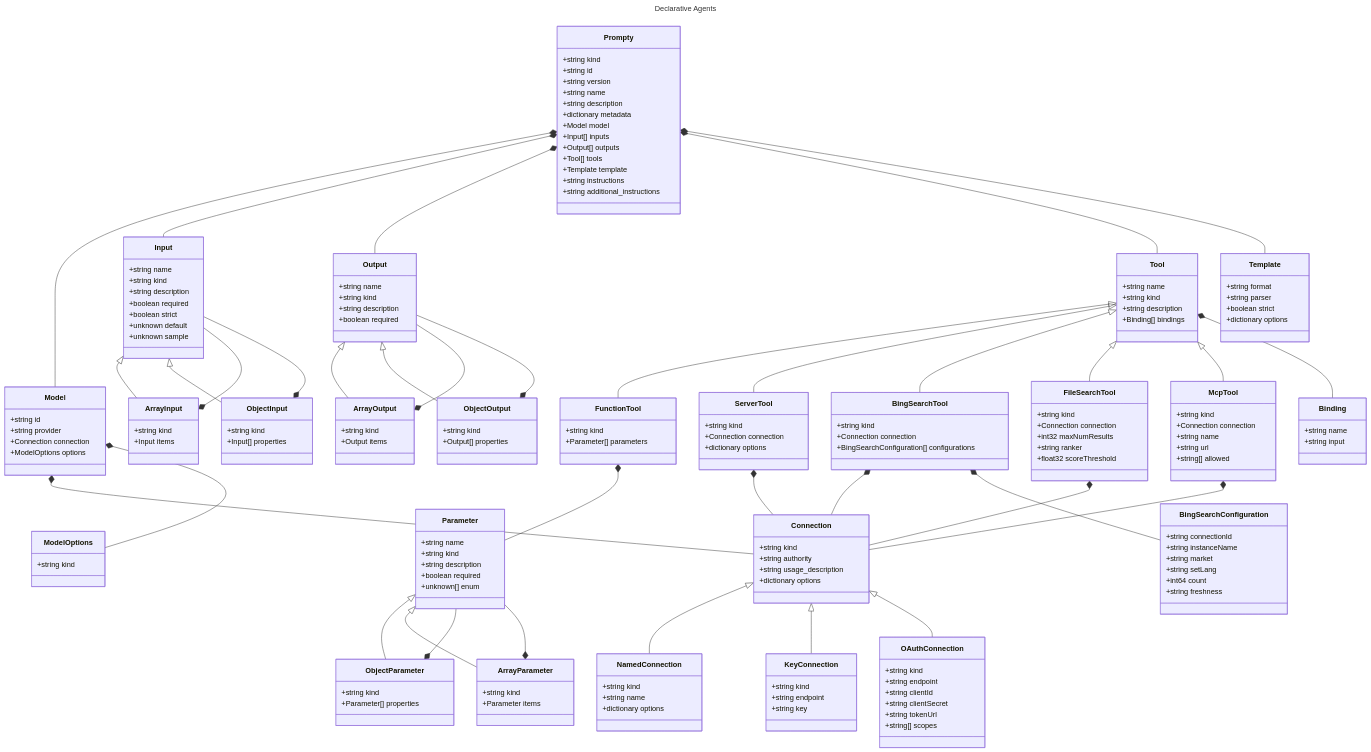
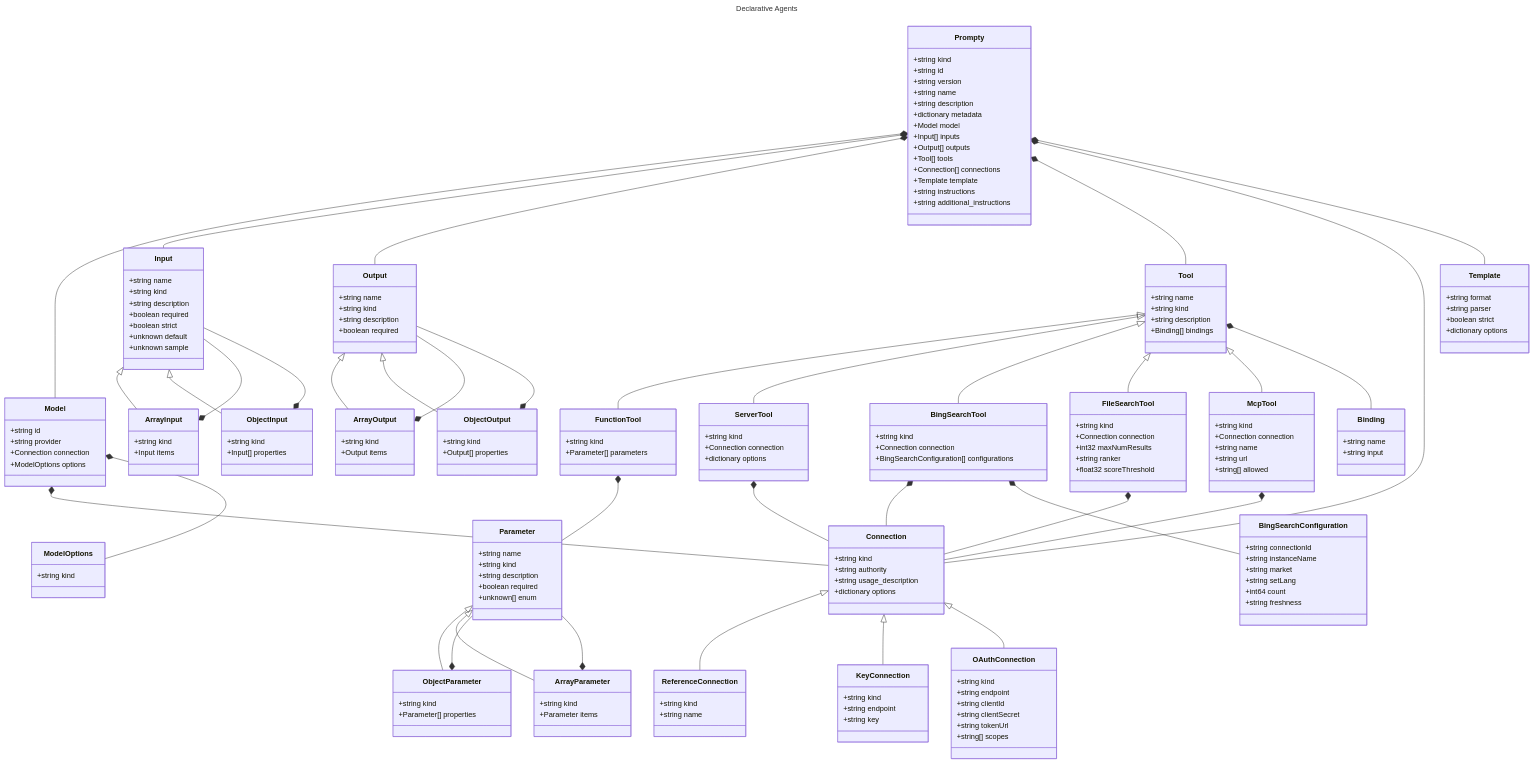
Before and after one commit to microsoft/prompty: the diagram in specification/prompty/docs/README.md, drawn with Mermaid. The commit also changed 33 other files, not shown here.

````diff
--- a/specification/prompty/docs/README.md
+++ b/specification/prompty/docs/README.md
@@ -14,10 +14,9 @@
         +string usage_description
         +dictionary options
     }
-    class NamedConnection {
+    class ReferenceConnection {
         +string kind
         +string name
-        +dictionary options
     }
     class KeyConnection {
         +string kind
@@ -150,11 +149,12 @@
         +Input[] inputs
         +Output[] outputs
         +Tool[] tools
+        +Connection[] connections
         +Template template
         +string instructions
         +string additional_instructions
     }
-    Connection <|-- NamedConnection
+    Connection <|-- ReferenceConnection
     Connection <|-- KeyConnection
     Connection <|-- OAuthConnection
     Input <|-- ArrayInput
@@ -187,5 +187,6 @@
     Prompty *-- Input
     Prompty *-- Output
     Prompty *-- Tool
+    Prompty *-- Connection
     Prompty *-- Template
 ```
````
